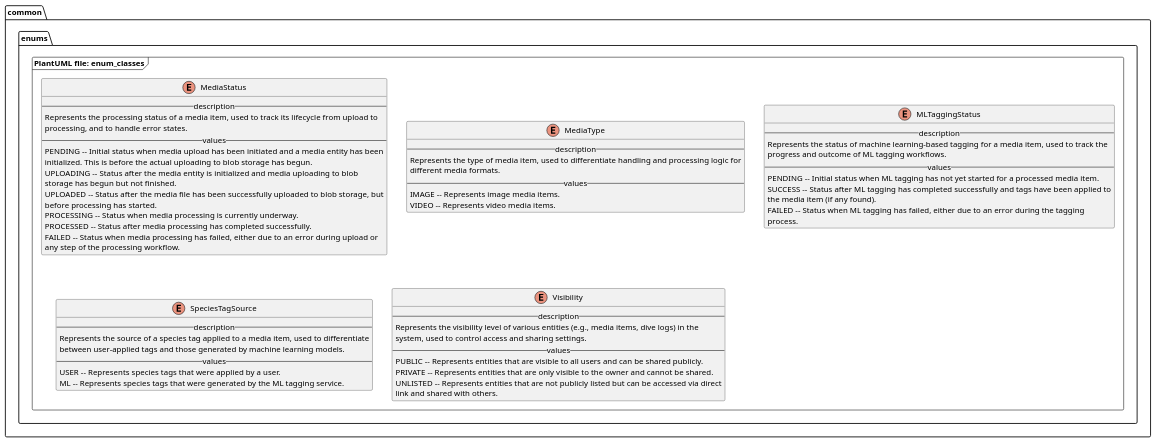
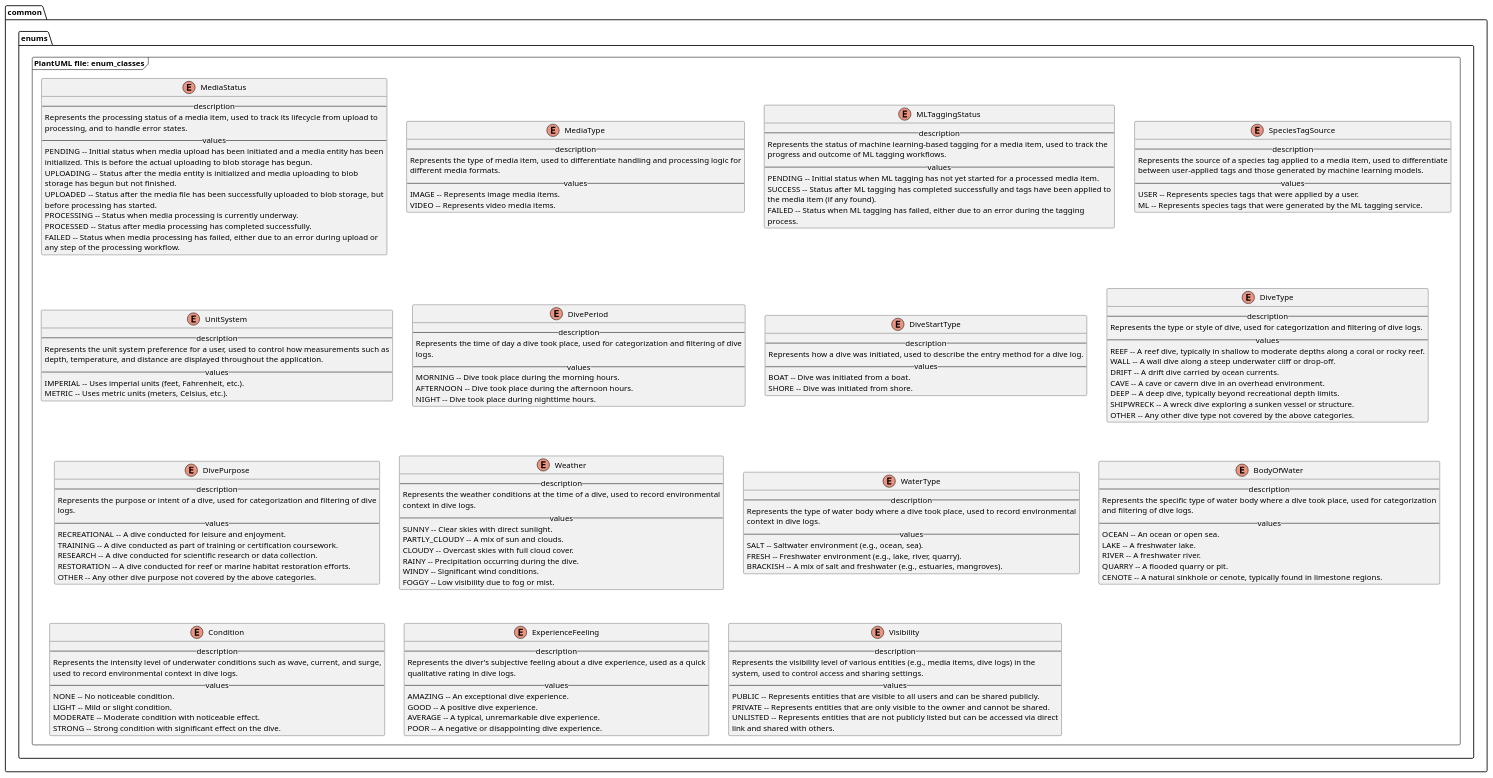
The diagram in designs/class/common/enum_classes.puml (MikeF0007/reef-connect), drawn with PlantUML before and after one commit. The commit also changed 14 other files, not shown here.

First line of the commit message:
Implement complete db schema with SQLAlchemy models

```diff
--- a/designs/class/common/enum_classes.puml
+++ b/designs/class/common/enum_classes.puml
@@ -1,63 +1,172 @@
 @startuml Common Enum Classes
 
 package "common.enums.PlantUML file: enum_classes" <<frame>> {
     enum MediaStatus {
         -- description --
         Represents the processing status of a media item, used to track its lifecycle from upload to
         processing, and to handle error states.
         -- values --
         PENDING -- Initial status when media upload has been initiated and a media entity has been
             initialized. This is before the actual uploading to blob storage has begun.
         UPLOADING -- Status after the media entity is initialized and media uploading to blob
             storage has begun but not finished.
         UPLOADED -- Status after the media file has been successfully uploaded to blob storage, but
             before processing has started.
         PROCESSING -- Status when media processing is currently underway.
         PROCESSED -- Status after media processing has completed successfully.
         FAILED -- Status when media processing has failed, either due to an error during upload or
             any step of the processing workflow.
     }
 
     enum MediaType {
         -- description --
         Represents the type of media item, used to differentiate handling and processing logic for
         different media formats.
         -- values --
         IMAGE -- Represents image media items.
         VIDEO -- Represents video media items.
     }
 
     enum MLTaggingStatus {
         -- description --
         Represents the status of machine learning-based tagging for a media item, used to track the
         progress and outcome of ML tagging workflows.
         -- values --
         PENDING -- Initial status when ML tagging has not yet started for a processed media item.
         SUCCESS -- Status after ML tagging has completed successfully and tags have been applied to
             the media item (if any found).
         FAILED -- Status when ML tagging has failed, either due to an error during the tagging
             process.
     }
 
     enum SpeciesTagSource {
         -- description --
         Represents the source of a species tag applied to a media item, used to differentiate
         between user-applied tags and those generated by machine learning models.
         -- values --
         USER -- Represents species tags that were applied by a user.
         ML -- Represents species tags that were generated by the ML tagging service.
     }
+        
+    enum UnitSystem {
+        -- description --
+        Represents the unit system preference for a user, used to control how measurements such as
+        depth, temperature, and distance are displayed throughout the application.
+        -- values --
+        IMPERIAL -- Uses imperial units (feet, Fahrenheit, etc.).
+        METRIC -- Uses metric units (meters, Celsius, etc.).
+    }
+
+    enum DivePeriod {
+        -- description --
+        Represents the time of day a dive took place, used for categorization and filtering of dive
+        logs.
+        -- values --
+        MORNING -- Dive took place during the morning hours.
+        AFTERNOON -- Dive took place during the afternoon hours.
+        NIGHT -- Dive took place during nighttime hours.
+    }
+
+    enum DiveStartType {
+        -- description --
+        Represents how a dive was initiated, used to describe the entry method for a dive log.
+        -- values --
+        BOAT -- Dive was initiated from a boat.
+        SHORE -- Dive was initiated from shore.
+    }
+
+    enum DiveType {
+        -- description --
+        Represents the type or style of dive, used for categorization and filtering of dive logs.
+        -- values --
+        REEF -- A reef dive, typically in shallow to moderate depths along a coral or rocky reef.
+        WALL -- A wall dive along a steep underwater cliff or drop-off.
+        DRIFT -- A drift dive carried by ocean currents.
+        CAVE -- A cave or cavern dive in an overhead environment.
+        DEEP -- A deep dive, typically beyond recreational depth limits.
+        SHIPWRECK -- A wreck dive exploring a sunken vessel or structure.
+        OTHER -- Any other dive type not covered by the above categories.
+    }
+
+    enum DivePurpose {
+        -- description --
+        Represents the purpose or intent of a dive, used for categorization and filtering of dive
+        logs.
+        -- values --
+        RECREATIONAL -- A dive conducted for leisure and enjoyment.
+        TRAINING -- A dive conducted as part of training or certification coursework.
+        RESEARCH -- A dive conducted for scientific research or data collection.
+        RESTORATION -- A dive conducted for reef or marine habitat restoration efforts.
+        OTHER -- Any other dive purpose not covered by the above categories.
+    }
+
+    enum Weather {
+        -- description --
+        Represents the weather conditions at the time of a dive, used to record environmental
+        context in dive logs.
+        -- values --
+        SUNNY -- Clear skies with direct sunlight.
+        PARTLY_CLOUDY -- A mix of sun and clouds.
+        CLOUDY -- Overcast skies with full cloud cover.
+        RAINY -- Precipitation occurring during the dive.
+        WINDY -- Significant wind conditions.
+        FOGGY -- Low visibility due to fog or mist.
+    }
+
+    enum WaterType {
+        -- description --
+        Represents the type of water body where a dive took place, used to record environmental
+        context in dive logs.
+        -- values --
+        SALT -- Saltwater environment (e.g., ocean, sea).
+        FRESH -- Freshwater environment (e.g., lake, river, quarry).
+        BRACKISH -- A mix of salt and freshwater (e.g., estuaries, mangroves).
+    }
+
+    enum BodyOfWater {
+        -- description --
+        Represents the specific type of water body where a dive took place, used for categorization
+        and filtering of dive logs.
+        -- values --
+        OCEAN -- An ocean or open sea.
+        LAKE -- A freshwater lake.
+        RIVER -- A freshwater river.
+        QUARRY -- A flooded quarry or pit.
+        CENOTE -- A natural sinkhole or cenote, typically found in limestone regions.
+    }
+
+    enum Condition {
+        -- description --
+        Represents the intensity level of underwater conditions such as wave, current, and surge,
+        used to record environmental context in dive logs.
+        -- values --
+        NONE -- No noticeable condition.
+        LIGHT -- Mild or slight condition.
+        MODERATE -- Moderate condition with noticeable effect.
+        STRONG -- Strong condition with significant effect on the dive.
+    }
+
+    enum ExperienceFeeling {
+        -- description --
+        Represents the diver's subjective feeling about a dive experience, used as a quick
+        qualitative rating in dive logs.
+        -- values --
+        AMAZING -- An exceptional dive experience.
+        GOOD -- A positive dive experience.
+        AVERAGE -- A typical, unremarkable dive experience.
+        POOR -- A negative or disappointing dive experience.
+    }
 
     enum Visibility {
         -- description --
         Represents the visibility level of various entities (e.g., media items, dive logs) in the
         system, used to control access and sharing settings.
         -- values --
         PUBLIC -- Represents entities that are visible to all users and can be shared publicly.
         PRIVATE -- Represents entities that are only visible to the owner and cannot be shared.
         UNLISTED -- Represents entities that are not publicly listed but can be accessed via direct
             link and shared with others.
     }
 }
 
 @enduml
```
